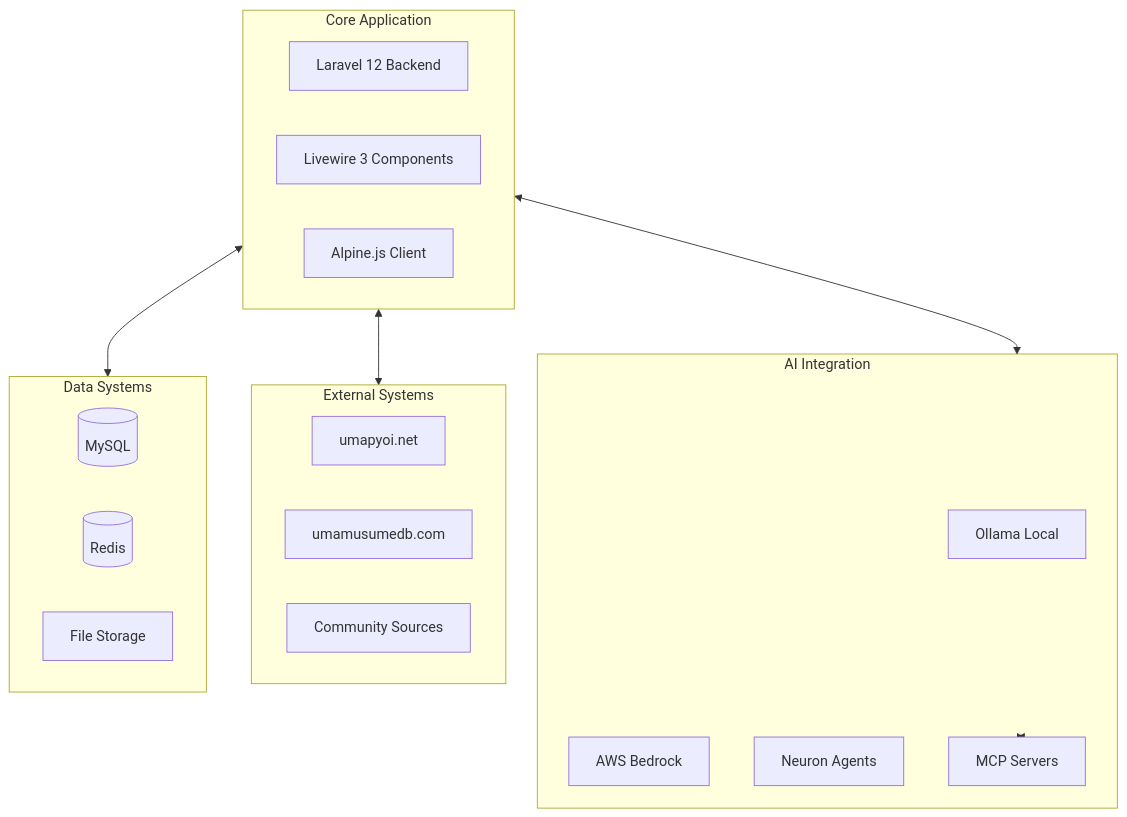
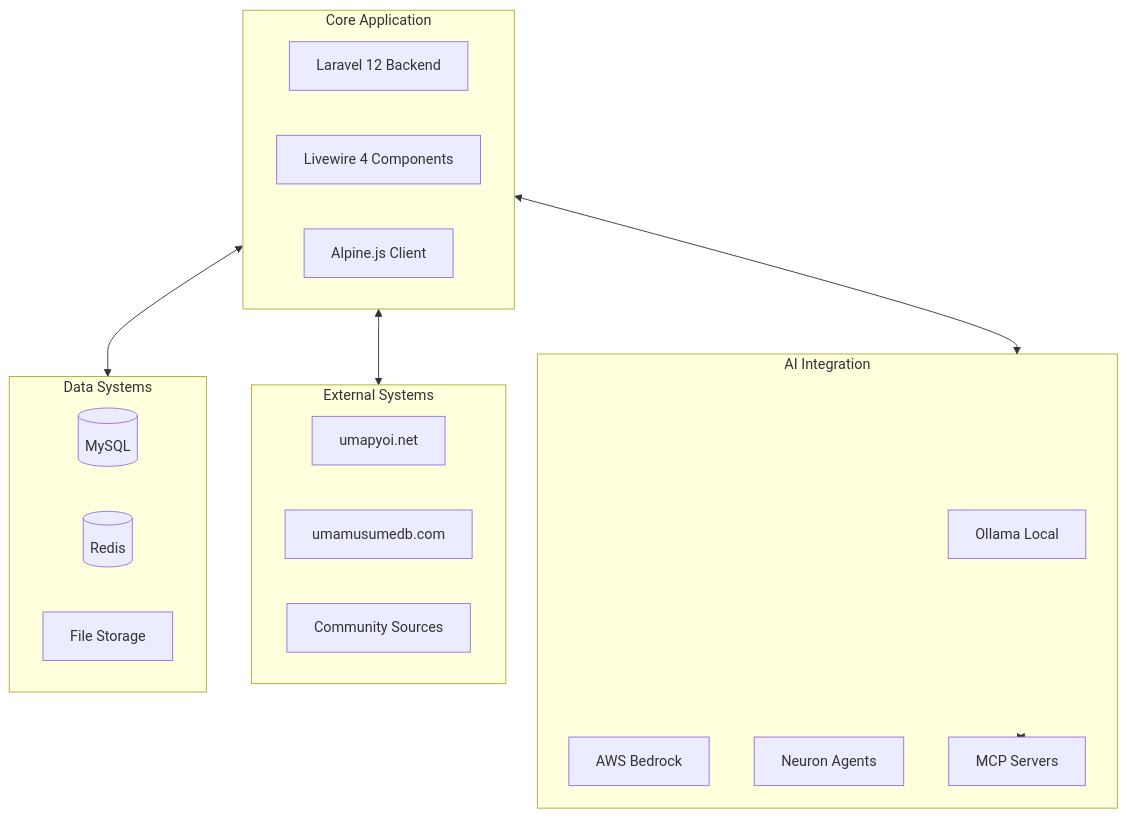
Before and after one commit to exatfrds67/umamusume-career-planner: diagram 13 of 18 in docs/01-diagrams/system-process-flow-diagrams.md, drawn with Mermaid. The commit also changed other lines of this file and 1559 other files, not shown here.

````diff
--- a/docs/01-diagrams/system-process-flow-diagrams.md
+++ b/docs/01-diagrams/system-process-flow-diagrams.md
@@ -1361,32 +1361,32 @@
 ```mermaid
 flowchart TB
     subgraph CoreApp[Core Application]
         Laravel[Laravel 12 Backend]
-        Livewire[Livewire 3 Components]
+        Livewire[Livewire 4 Components]
         Alpine[Alpine.js Client]
     end
     
     subgraph AILayer[AI Integration]
         Ollama[Ollama Local]
         Bedrock[AWS Bedrock]
         Neuron[Neuron Agents]
         MCP[MCP Servers]
     end
     
     subgraph ExternalSystems[External Systems]
         UmapyoiAPI[umapyoi.net]
         UmamusumeDBAPI[umamusumedb.com]
         CommunityAPI[Community Sources]
     end
     
     subgraph DataSystems[Data Systems]
         MySQL[(MySQL)]
         Redis[(Redis)]
         S3[File Storage]
     end
     
     CoreApp <--> AILayer
     CoreApp <--> ExternalSystems
     CoreApp <--> DataSystems
     AILayer <--> MCP
 ```
````
